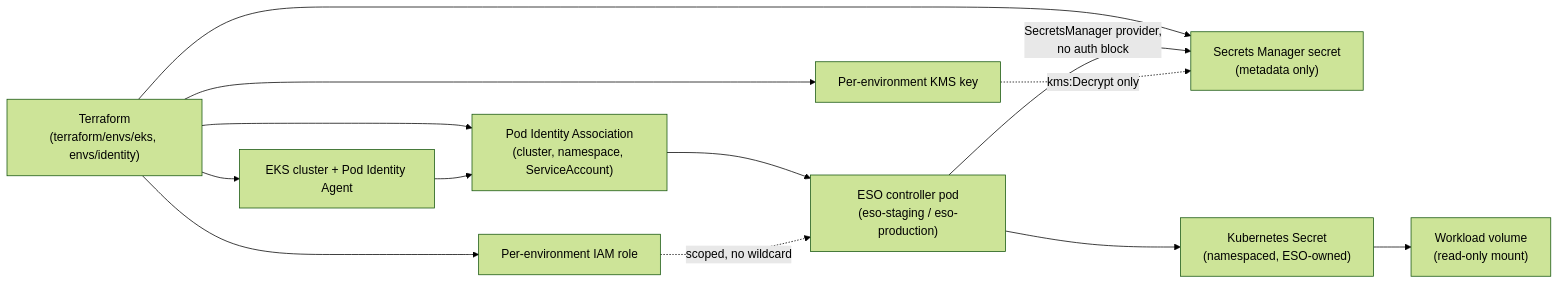
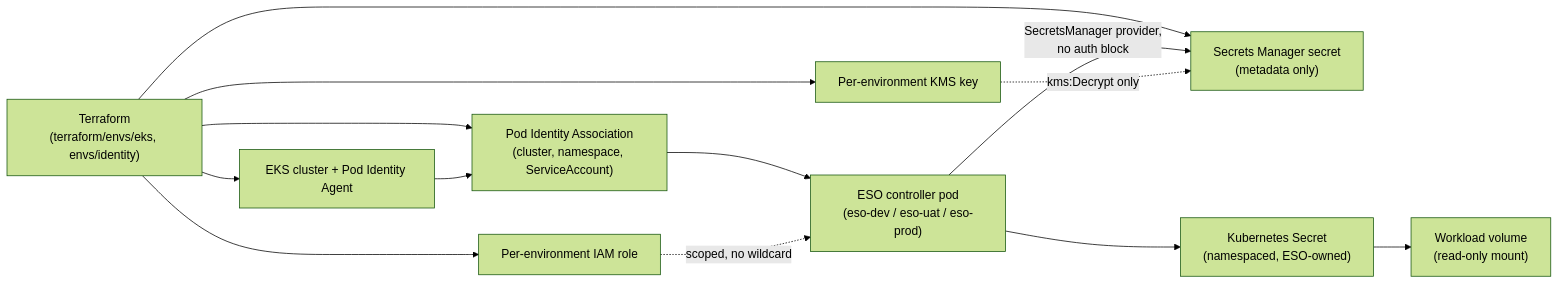
The fourth of 5 diagrams in docs/architecture/technical-architecture.md (IngMatrix-PGB/eks-gitops-platform-project), drawn with Mermaid (forest theme) before and after one commit. The commit also changed other lines of this file and 27 other files, not shown here.

First line of the commit message:
feat(aws): dev/uat/prod in the aws-eks profile and Terraform (Phase 2.7.2)

````diff
--- a/docs/architecture/technical-architecture.md
+++ b/docs/architecture/technical-architecture.md
@@ -469,15 +480,15 @@
 ```mermaid
 flowchart LR
     TF["Terraform<br/>(terraform/envs/eks, envs/identity)"] --> EKS["EKS cluster + Pod Identity Agent"]
     TF --> IAM["Per-environment IAM role"]
     TF --> KMS["Per-environment KMS key"]
     TF --> SM["Secrets Manager secret<br/>(metadata only)"]
     TF --> PIA["Pod Identity Association<br/>(cluster, namespace, ServiceAccount)"]
     EKS --> PIA
-    PIA --> ESO["ESO controller pod<br/>(eso-staging / eso-production)"]
+    PIA --> ESO["ESO controller pod<br/>(eso-dev / eso-uat / eso-prod)"]
     IAM -.->|scoped, no wildcard| ESO
     ESO -->|SecretsManager provider,<br/>no auth block| SM
     KMS -.->|kms:Decrypt only| SM
     ESO --> K8sSecret["Kubernetes Secret<br/>(namespaced, ESO-owned)"]
     K8sSecret --> Workload["Workload volume<br/>(read-only mount)"]
 ```
````
